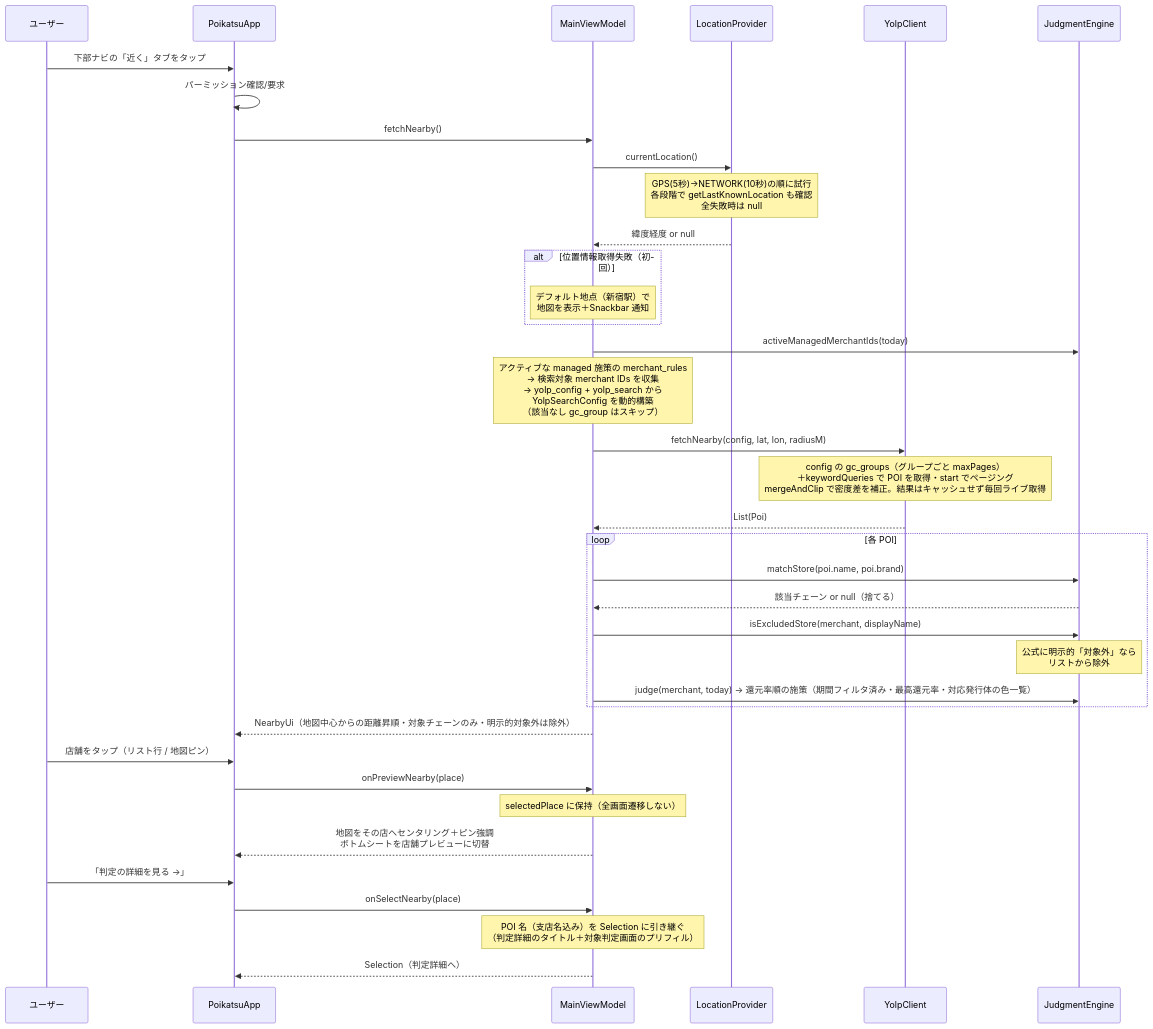
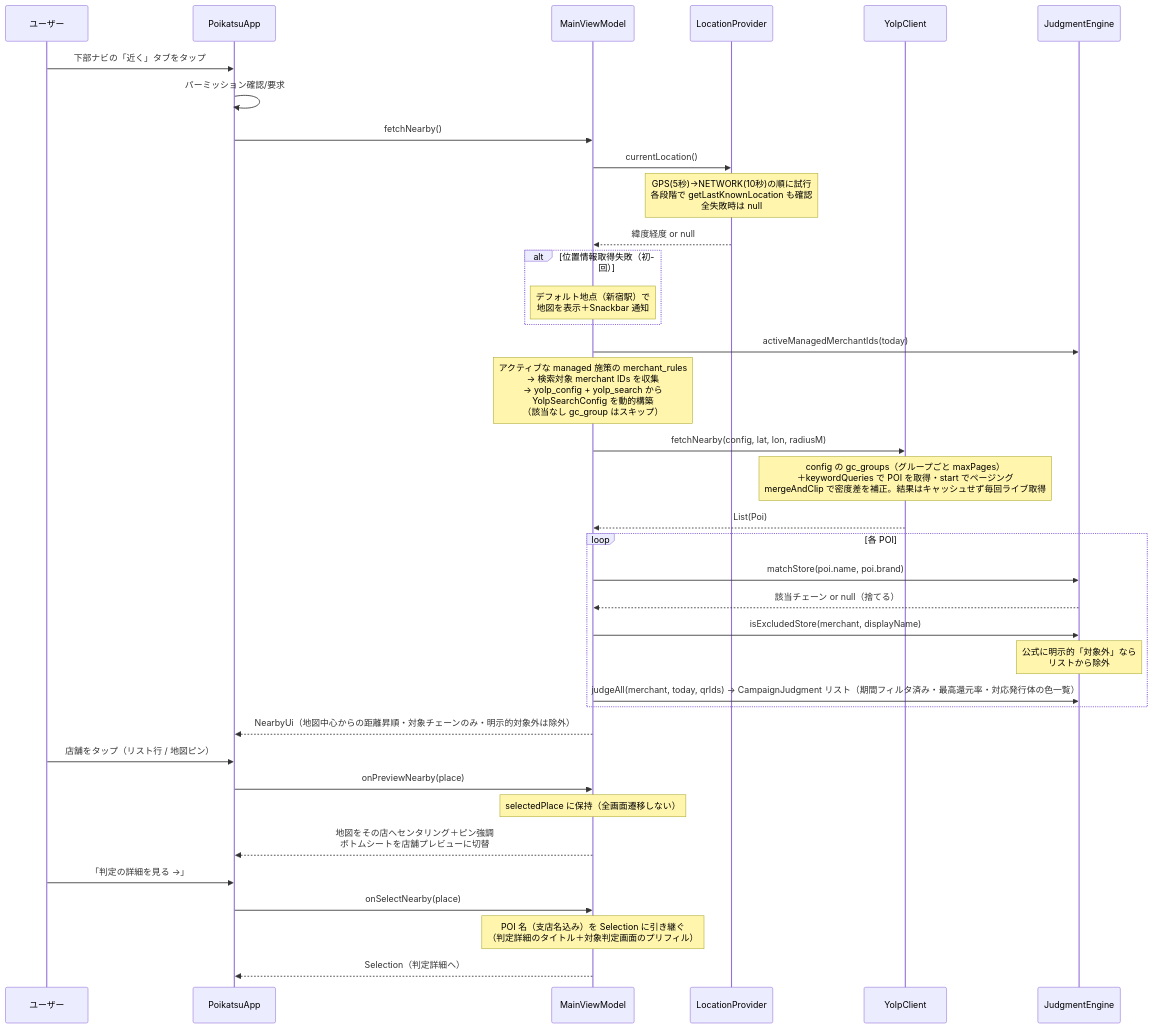
Before and after one commit to ktakjm/poikatsu: the sixth of 6 diagrams in docs/code-guide.md, drawn with Mermaid. The commit also changed other lines of this file, not shown here.

First line of the commit message:
docs: update code-guide for CampaignJudgment unification

````diff
--- a/docs/code-guide.md
+++ b/docs/code-guide.md
@@ -462,40 +471,40 @@
 ```mermaid
 sequenceDiagram
     participant U as ユーザー
     participant SC as PoikatsuApp
     participant VM as MainViewModel
     participant LP as LocationProvider
     participant YC as YolpClient
     participant JE as JudgmentEngine
 
     U->>SC: 下部ナビの「近く」タブをタップ
     SC->>SC: パーミッション確認/要求
     SC->>VM: fetchNearby()
     VM->>LP: currentLocation()
     Note over LP: GPS(5秒)→NETWORK(10秒)の順に試行<br/>各段階で getLastKnownLocation も確認<br/>全失敗時は null
     LP-->>VM: 緯度経度 or null
     alt 位置情報取得失敗（初回）
         Note over VM: デフォルト地点（新宿駅）で<br/>地図を表示＋Snackbar 通知
     end
     VM->>JE: activeManagedMerchantIds(today)
     Note over VM: アクティブな managed 施策の merchant_rules<br/>→ 検索対象 merchant IDs を収集<br/>→ yolp_config + yolp_search から<br/>YolpSearchConfig を動的構築<br/>（該当なし gc_group はスキップ）
     VM->>YC: fetchNearby(config, lat, lon, radiusM)
     Note over YC: config の gc_groups（グループごと maxPages）<br/>＋keywordQueries で POI を取得・start でページング<br/>mergeAndClip で密度差を補正。結果はキャッシュせず毎回ライブ取得
     YC-->>VM: List(Poi)
     loop 各 POI
         VM->>JE: matchStore(poi.name, poi.brand)
         JE-->>VM: 該当チェーン or null（捨てる）
         VM->>JE: isExcludedStore(merchant, displayName)
         Note over JE: 公式に明示的「対象外」なら<br/>リストから除外
-        VM->>JE: judge(merchant, today) → 還元率順の施策（期間フィルタ済み・最高還元率・対応発行体の色一覧）
+        VM->>JE: judgeAll(merchant, today, qrIds) → CampaignJudgment リスト（期間フィルタ済み・最高還元率・対応発行体の色一覧）
     end
     VM-->>SC: NearbyUi（地図中心からの距離昇順・対象チェーンのみ・明示的対象外は除外）
     U->>SC: 店舗をタップ（リスト行 / 地図ピン）
     SC->>VM: onPreviewNearby(place)
     Note over VM: selectedPlace に保持（全画面遷移しない）
     VM-->>SC: 地図をその店へセンタリング＋ピン強調<br/>ボトムシートを店舗プレビューに切替
     U->>SC: 「判定の詳細を見る →」
     SC->>VM: onSelectNearby(place)
     Note over VM: POI 名（支店名込み）を Selection に引き継ぐ<br/>（判定詳細のタイトル＋対象判定画面のプリフィル）
     VM-->>SC: Selection（判定詳細へ）
 ```
````
